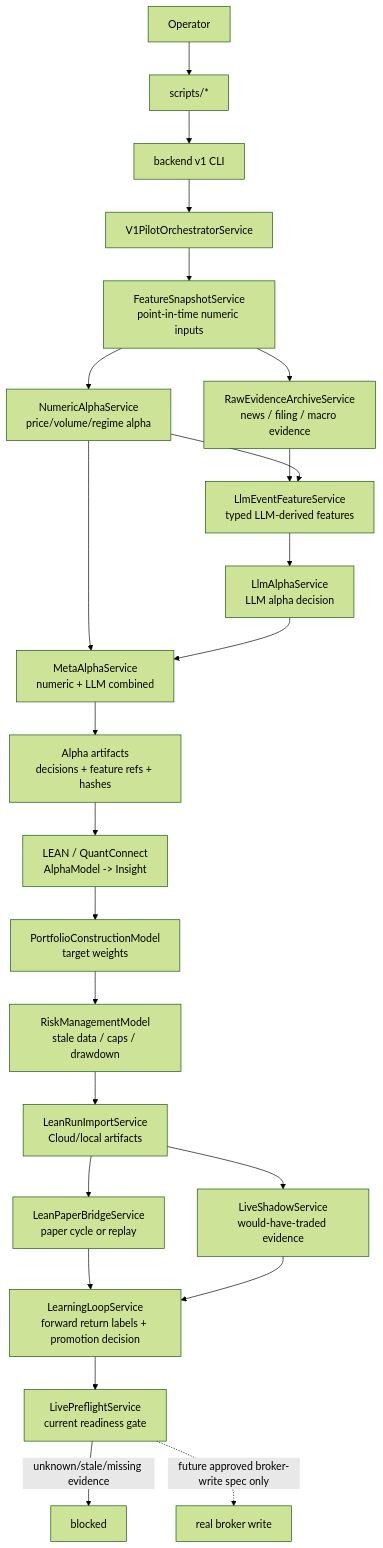
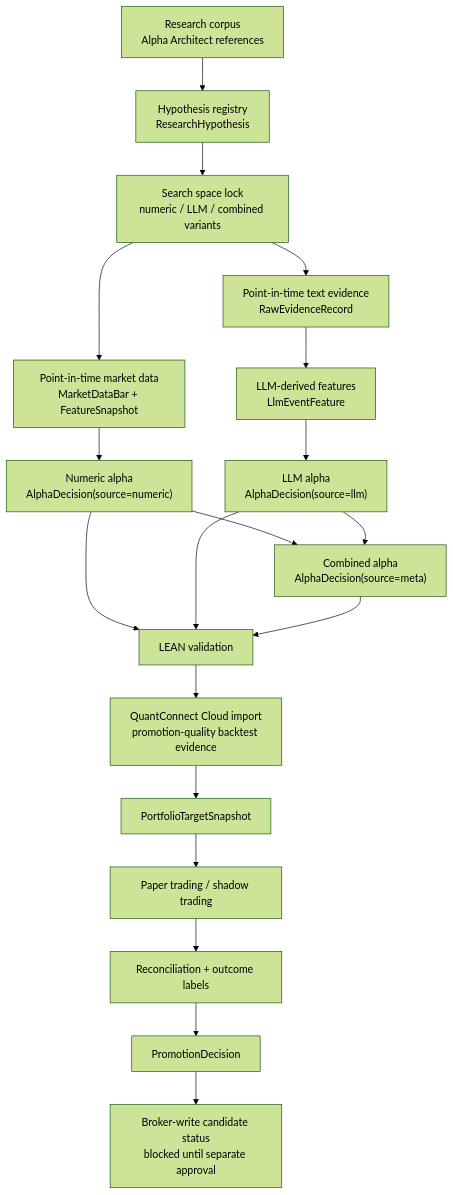
The second of 3 diagrams in result.md (gigio1023/lincei-quant-research-engine), drawn with Mermaid (forest theme) before and after one commit. The commit also changed other lines of this file and 54 other files, not shown here.

First line of the commit message:
Add capital evidence CLI runtime

````diff
--- a/result.md
+++ b/result.md
@@ -181,32 +65,21 @@
 ```mermaid
-flowchart TD
-    OP["Operator"] --> S["scripts/*"]
-    S --> CLI["backend v1 CLI"]
-    CLI --> ORCH["V1PilotOrchestratorService"]
-
-    ORCH --> SNAP["FeatureSnapshotService<br/>point-in-time numeric inputs"]
-
-    SNAP --> NUM["NumericAlphaService<br/>price/volume/regime alpha"]
-    SNAP --> RAW["RawEvidenceArchiveService<br/>news / filing / macro evidence"]
-    RAW --> LLMFEAT["LlmEventFeatureService<br/>typed LLM-derived features"]
-    NUM --> LLMFEAT
-
-    LLMFEAT --> LLMALPHA["LlmAlphaService<br/>LLM alpha decision"]
-    NUM --> META["MetaAlphaService<br/>numeric + LLM combined"]
-    LLMALPHA --> META
-
-    META --> EXPORT["Alpha artifacts<br/>decisions + feature refs + hashes"]
-    EXPORT --> LEAN["LEAN / QuantConnect<br/>AlphaModel -> Insight"]
-    LEAN --> PORT["PortfolioConstructionModel<br/>target weights"]
-    PORT --> RISK["RiskManagementModel<br/>stale data / caps / drawdown"]
-
-    RISK --> IMPORT["LeanRunImportService<br/>Cloud/local artifacts"]
-    IMPORT --> PAPER["LeanPaperBridgeService<br/>paper cycle or replay"]
-    IMPORT --> SHADOW["LiveShadowService<br/>would-have-traded evidence"]
-
-    PAPER --> LEARN["LearningLoopService<br/>forward return labels + promotion decision"]
-    SHADOW --> LEARN
-    LEARN --> PREFLIGHT["LivePreflightService<br/>current readiness gate"]
-    PREFLIGHT -->|"unknown/stale/missing evidence"| BLOCKED["blocked"]
-    PREFLIGHT -. "future approved broker-write spec only" .-> BROKER["real broker write"]
+graph TD
+    A["Research corpus<br/>Alpha Architect references"] --> B["Hypothesis registry<br/>ResearchHypothesis"]
+    B --> C["Search space lock<br/>numeric / LLM / combined variants"]
+    C --> D["Point-in-time market data<br/>MarketDataBar + FeatureSnapshot"]
+    C --> E["Point-in-time text evidence<br/>RawEvidenceRecord"]
+    D --> F["Numeric alpha<br/>AlphaDecision(source=numeric)"]
+    E --> G["LLM-derived features<br/>LlmEventFeature"]
+    G --> H["LLM alpha<br/>AlphaDecision(source=llm)"]
+    F --> I["Combined alpha<br/>AlphaDecision(source=meta)"]
+    H --> I
+    F --> J["LEAN validation"]
+    H --> J
+    I --> J
+    J --> K["QuantConnect Cloud import<br/>promotion-quality backtest evidence"]
+    K --> L["PortfolioTargetSnapshot"]
+    L --> M["Paper trading / shadow trading"]
+    M --> N["Reconciliation + outcome labels"]
+    N --> O["PromotionDecision"]
+    O --> P["Broker-write candidate status<br/>blocked until separate approval"]
 ```
````
